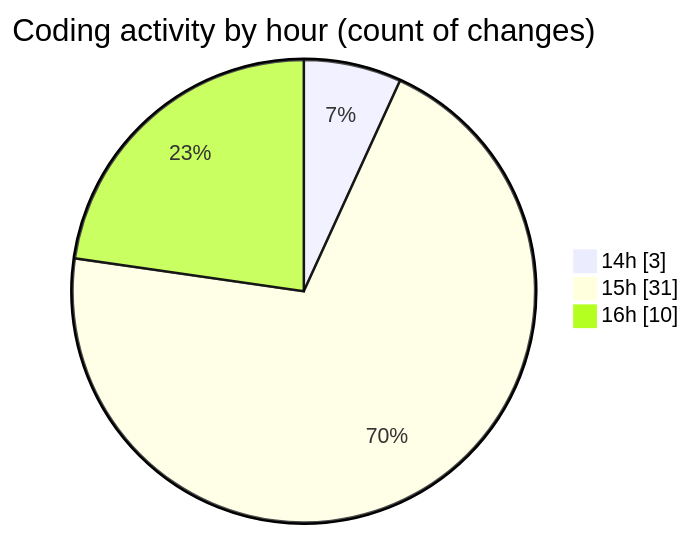
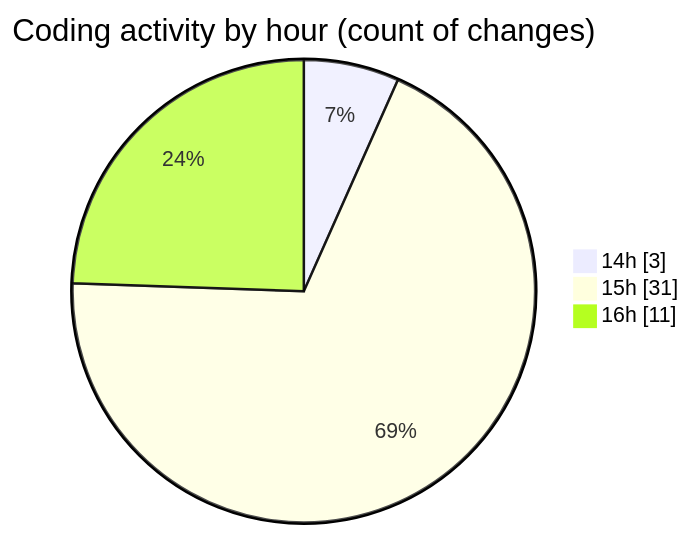
One commit to idhammustaqopulfikri/code-tracking changed the second of 2 diagrams in 2025-05-30/studio-backend/README.md. Above: the diagram before and after it, drawn with Mermaid. The commit also changed other lines of this file and 1 other file, not shown here.

````diff
--- a/2025-05-30/studio-backend/README.md
+++ b/2025-05-30/studio-backend/README.md
@@ -43,7 +43,7 @@
 ```mermaid
 pie showData
 title Coding activity by hour (count of changes)
 "14h" : 3
 "15h" : 31
-"16h" : 10
+"16h" : 11
 ```
````
